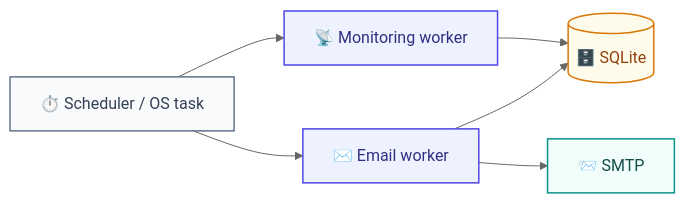
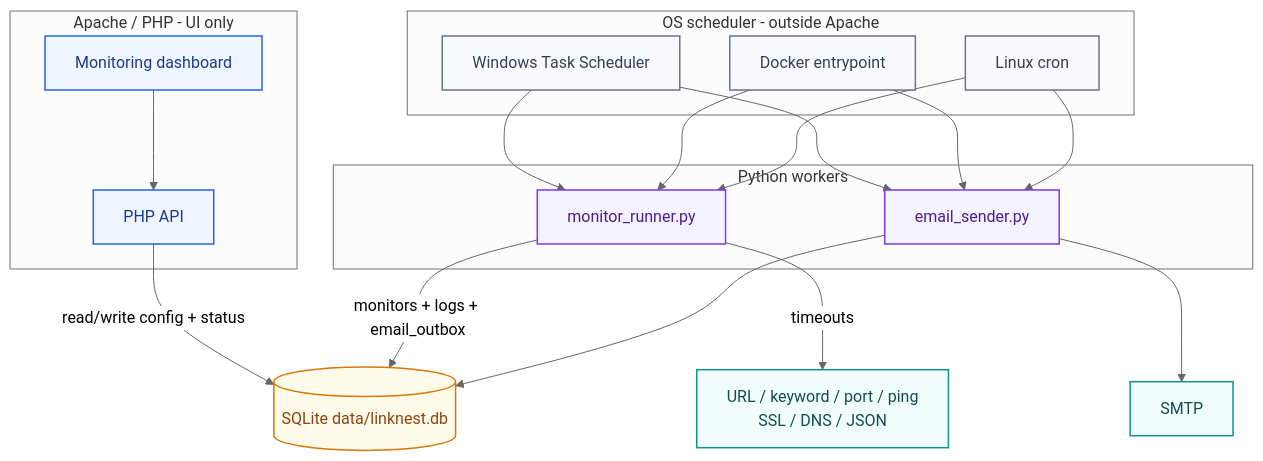
One commit to zafrullakhan001/linknest changed diagram 11 of 12 in docs/ARCHITECTURE.md. Above: the diagram before and after it, drawn with Mermaid (neutral theme). The commit also changed other lines of this file and 10 other files, not shown here.

First line of the commit message:
feat: Enhance monitoring and documentation with Python workers and Mermaid integration

````diff
--- a/docs/ARCHITECTURE.md
+++ b/docs/ARCHITECTURE.md
@@ -393,24 +393,47 @@
 ```mermaid
-flowchart LR
-  Cron["⏱️ Scheduler / OS task"]
-  MW["📡 Monitoring worker"]
-  EW["✉️ Email worker"]
-  DB[("🗄️ SQLite")]
-  SMTP["📨 SMTP"]
+flowchart TB
+  subgraph ApacheUI["Apache / PHP - UI only"]
+    Dash["Monitoring dashboard"]
+    API["PHP API"]
+  end
 
-  Cron --> MW
-  Cron --> EW
-  MW --> DB
-  EW --> DB
-  EW --> SMTP
+  subgraph Sched["OS scheduler - outside Apache"]
+    Win["Windows Task Scheduler"]
+    Dock["Docker entrypoint"]
+    Cron["Linux cron"]
+  end
 
+  subgraph Py["Python workers"]
+    MR["monitor_runner.py"]
+    ES["email_sender.py"]
+  end
+
+  DB[("SQLite data/linknest.db")]
+  Targets["URL / keyword / port / ping<br/>SSL / DNS / JSON"]
+  SMTP["SMTP"]
+
+  Dash --> API
+  API -->|"read/write config + status"| DB
+  Win --> MR
+  Win --> ES
+  Dock --> MR
+  Dock --> ES
+  Cron --> MR
+  Cron --> ES
+  MR -->|"timeouts"| Targets
+  MR -->|"monitors + logs + email_outbox"| DB
+  ES --> DB
+  ES --> SMTP
+
+  classDef ui fill:#EFF6FF,stroke:#2563EB,color:#1E3A8A,stroke-width:1.5px
   classDef sched fill:#F8FAFC,stroke:#64748B,color:#334155,stroke-width:1.5px
-  classDef work fill:#EEF2FF,stroke:#4F46E5,color:#312E81,stroke-width:1.5px
+  classDef work fill:#F5F3FF,stroke:#7C3AED,color:#4C1D95,stroke-width:1.5px
   classDef data fill:#FFFBEB,stroke:#D97706,color:#92400E,stroke-width:1.5px
-  classDef mail fill:#F0FDFA,stroke:#0D9488,color:#134E4A,stroke-width:1.5px
+  classDef ext fill:#F0FDFA,stroke:#0D9488,color:#134E4A,stroke-width:1.5px
 
-  class Cron sched
-  class MW,EW work
+  class Dash,API ui
+  class Win,Dock,Cron sched
+  class MR,ES work
   class DB data
-  class SMTP mail
+  class Targets,SMTP ext
 ```
````
